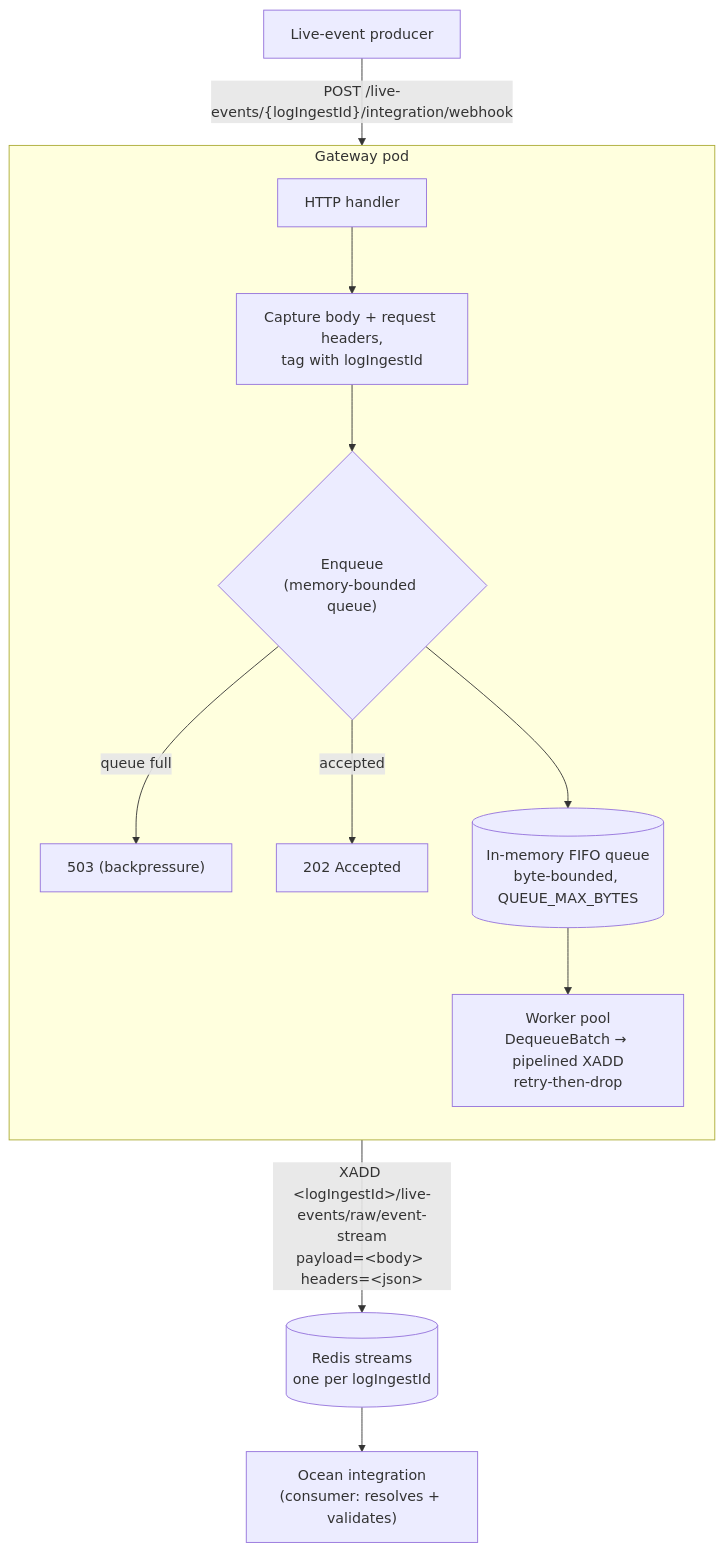
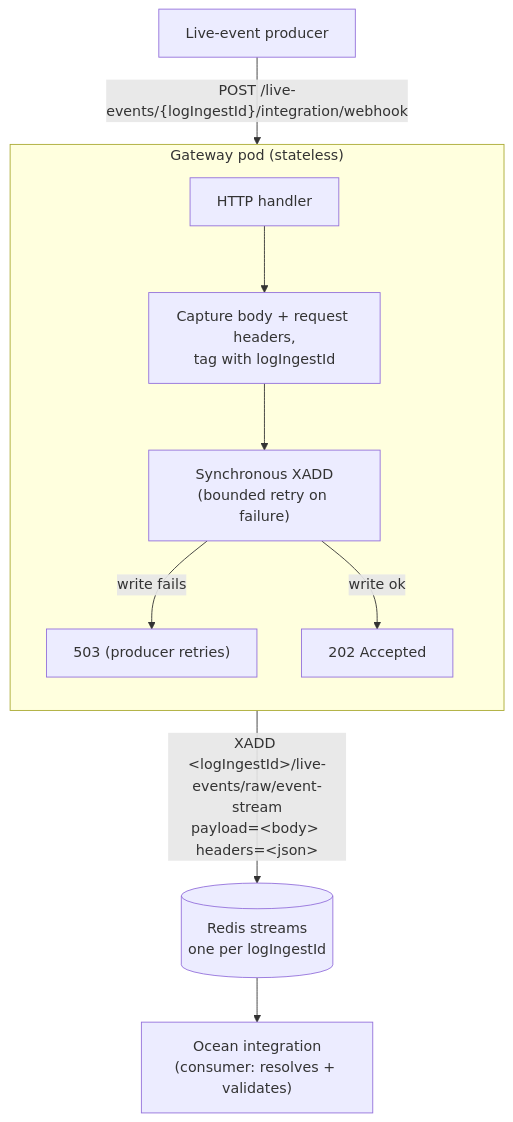
One commit to port-labs/ocean-gateway changed the diagram in README.md. Above: the diagram before and after it, drawn with Mermaid. The commit also changed other lines of this file and 12 other files, not shown here.

First line of the commit message:
Remove in-memory queue; write synchronously to Redis

````diff
--- a/README.md
+++ b/README.md
@@ -9,19 +11,15 @@
 ```mermaid
 flowchart TD
     P["Live-event producer"] -->|"POST /live-events/{logIngestId}/integration/webhook"| H
 
-    subgraph GW["Gateway pod"]
+    subgraph GW["Gateway pod (stateless)"]
         direction TB
         H["HTTP handler"] --> CAP["Capture body + request headers,<br/>tag with logIngestId"]
-        CAP --> ENQ{"Enqueue<br/>(memory-bounded queue)"}
-        ENQ -->|queue full| E503["503 (backpressure)"]
-        ENQ -->|accepted| OK["202 Accepted"]
-
-        Q[("In-memory FIFO queue<br/>byte-bounded, QUEUE_MAX_BYTES")]
-        ENQ --> Q
-        Q --> W["Worker pool<br/>DequeueBatch → pipelined XADD<br/>retry-then-drop"]
+        CAP --> X["Synchronous XADD<br/>(bounded retry on failure)"]
+        X -->|write fails| E503["503 (producer retries)"]
+        X -->|write ok| OK["202 Accepted"]
     end
 
-    W -->|"XADD &lt;logIngestId&gt;/live-events/raw/event-stream<br/>payload=&lt;body&gt; headers=&lt;json&gt;"| R[("Redis streams<br/>one per logIngestId")]
+    X -->|"XADD &lt;logIngestId&gt;/live-events/raw/event-stream<br/>payload=&lt;body&gt; headers=&lt;json&gt;"| R[("Redis streams<br/>one per logIngestId")]
     R --> OI["Ocean integration<br/>(consumer: resolves + validates)"]
 ```
````
